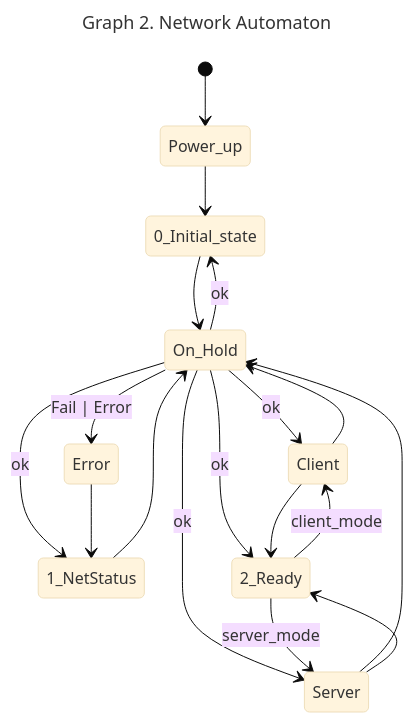
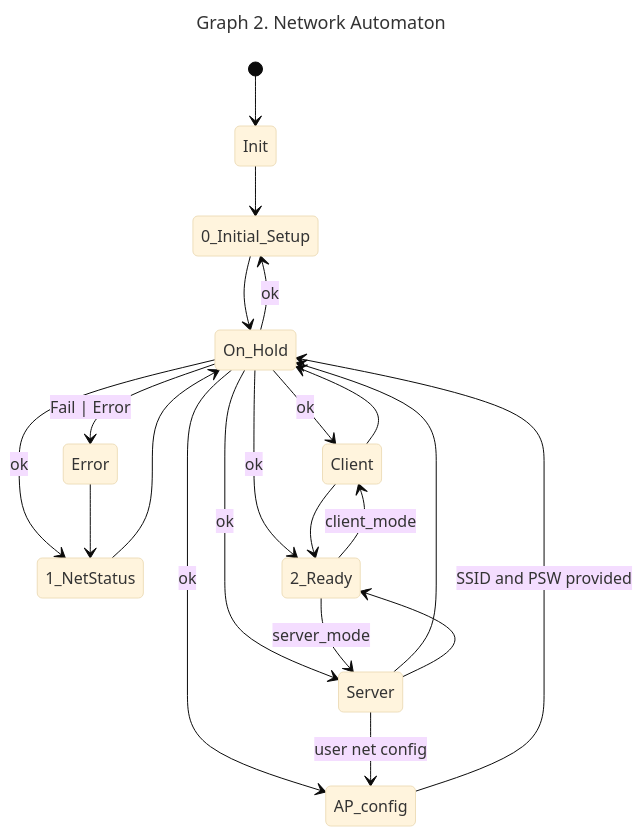
One commit to ckevar/ErikaOS-OnlineWeatherStation changed the second of 11 diagrams in README.md. Above: the diagram before and after it, drawn with Mermaid (base theme). The commit also changed other lines of this file and 16 other files, not shown here.

````diff
--- a/README.md
+++ b/README.md
@@ -59,26 +59,29 @@
  ``` mermaid
  ---
  title: 'Graph 2. Network Automaton'
  ---
  stateDiagram-v2 
- [*] --> Power_up
- Power_up --> 0_Initial_state 
- 0_Initial_state --> On_Hold
+ [*] --> Init
+ Init --> 0_Initial_Setup 
+ 0_Initial_Setup --> On_Hold
  
  1_NetStatus --> On_Hold
  Client --> On_Hold
  Server --> On_Hold
+ AP_config --> On_Hold : SSID and PSW provided
  
- On_Hold --> 0_Initial_state : ok
+ On_Hold --> 0_Initial_Setup : ok
  On_Hold --> 1_NetStatus : ok
  On_Hold --> Client : ok
  On_Hold --> Server : ok
  On_Hold --> Error : Fail | Error
+ On_Hold --> AP_config : ok
  
  On_Hold --> 2_Ready : ok
  2_Ready --> Client : client_mode
  2_Ready --> Server : server_mode
  Client --> 2_Ready
  Server --> 2_Ready
  Error --> 1_NetStatus
+ Server --> AP_config : user net config
  ```
````
